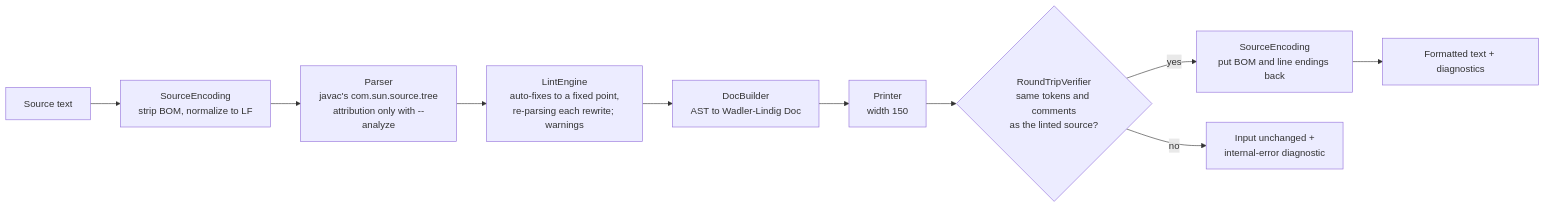
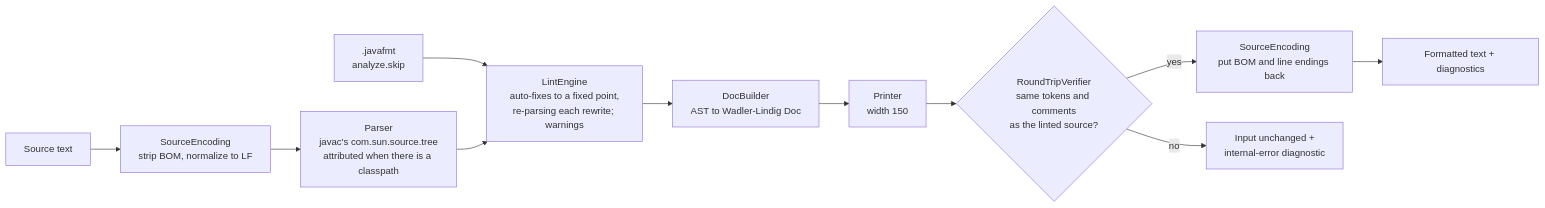
The first of 2 diagrams in ARCHITECTURE.md (javafmt-io/javafmt), drawn with Mermaid before and after one commit. The commit also changed 132 other files, not shown here.

Commit message:
feat: run the rules that need the classpath by default, with a per-rule .javafmt opt-out, in the CLI, Gradle, Spotless, IntelliJ and VS Code

````diff
--- a/ARCHITECTURE.md
+++ b/ARCHITECTURE.md
@@ -7,12 +7,13 @@
 ```mermaid
 flowchart LR
     src["Source text"] --> enc["SourceEncoding<br/>strip BOM, normalize to LF"]
-    enc --> parse["Parser<br/>javac's com.sun.source.tree<br/>attribution only with --analyze"]
+    enc --> parse["Parser<br/>javac's com.sun.source.tree<br/>attributed when there is a classpath"]
+    project[".javafmt<br/>analyze.skip"] --> lint
     parse --> lint["LintEngine<br/>auto-fixes to a fixed point,<br/>re-parsing each rewrite; warnings"]
     lint --> build["DocBuilder<br/>AST to Wadler-Lindig Doc"]
     build --> print["Printer<br/>width 150"]
     print --> verify{"RoundTripVerifier<br/>same tokens and comments<br/>as the linted source?"}
     verify -- yes --> restore["SourceEncoding<br/>put BOM and line endings back"]
     restore --> out["Formatted text + diagnostics"]
     verify -- no --> refuse["Input unchanged +<br/>internal-error diagnostic"]
 ```
````
